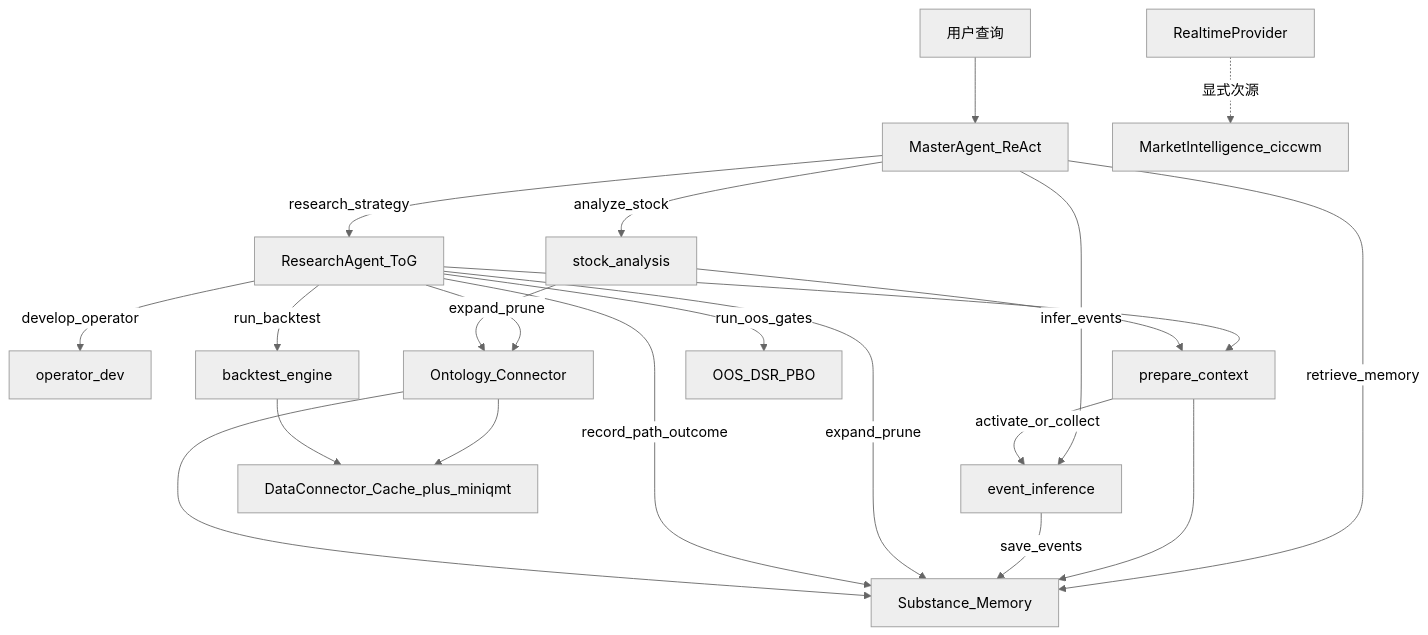
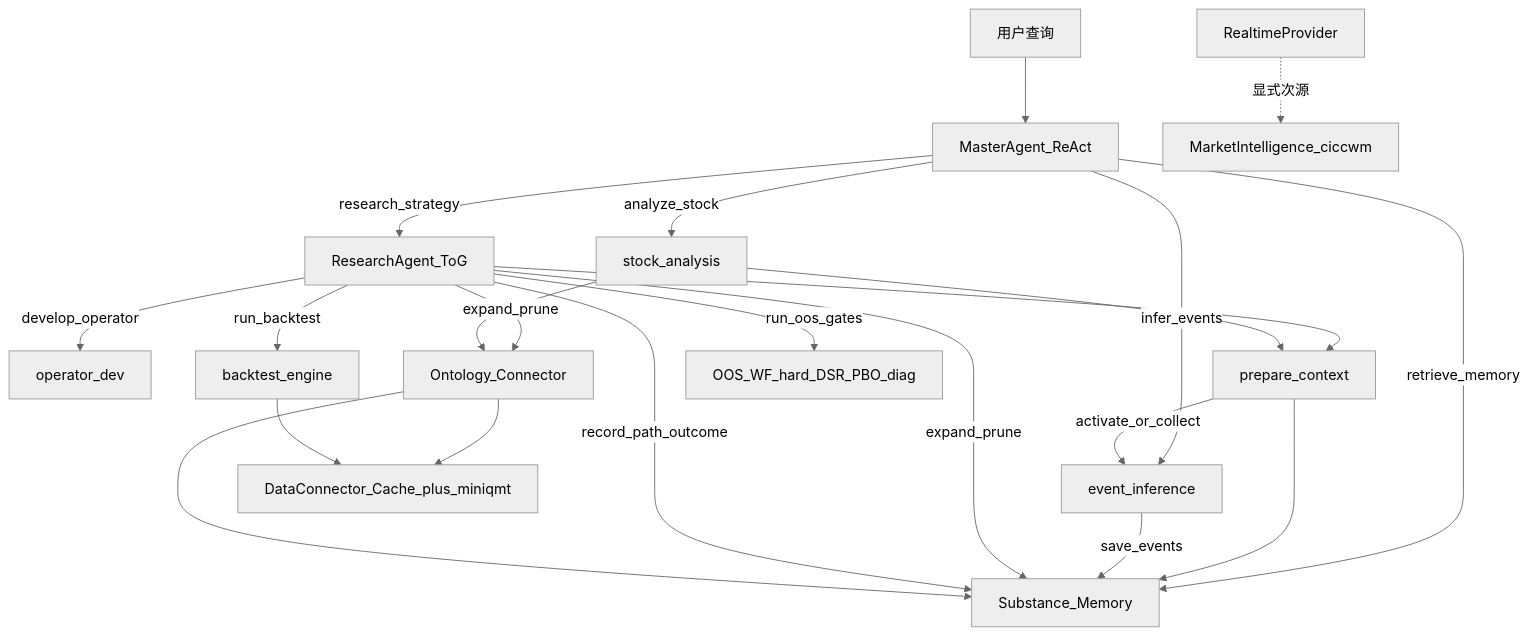
Before and after one commit to lordqyxz/long-earn: the first of 2 diagrams in docs/architecture.md, drawn with Mermaid (neutral theme). The commit also changed other lines of this file and 26 other files, not shown here.

````diff
--- a/docs/architecture.md
+++ b/docs/architecture.md
@@ -16,42 +16,42 @@
 ```mermaid
 flowchart TB
   User[用户查询]
   Master[MasterAgent_ReAct]
   Research[ResearchAgent_ToG]
   Stock[stock_analysis]
   Event[event_inference]
   OpDev[operator_dev]
   Prep[prepare_context]
   Mem[Substance_Memory]
   Onto[Ontology_Connector]
   BT[backtest_engine]
-  Gates[OOS_DSR_PBO]
+  Gates[OOS_WF_hard_DSR_PBO_diag]
   Data[DataConnector_Cache_plus_miniqmt]
   Intel[MarketIntelligence_ciccwm]
   RT[RealtimeProvider]
 
   User --> Master
   Master -->|research_strategy| Research
   Master -->|analyze_stock| Stock
   Master -->|infer_events| Event
   Master -->|retrieve_memory| Mem
 
   Research --> Prep
   Stock --> Prep
   Prep -->|activate_or_collect| Event
   Prep --> Mem
   Event -->|save_events| Mem
 
   Research -->|expand_prune| Onto
   Research -->|expand_prune| Mem
   Research -->|develop_operator| OpDev
   Research -->|run_backtest| BT
   Research -->|run_oos_gates| Gates
   Research -->|record_path_outcome| Mem
 
   Onto --> Data
   Onto --> Mem
   BT --> Data
   Stock --> Onto
   RT -.->|显式次源| Intel
 ```
````
